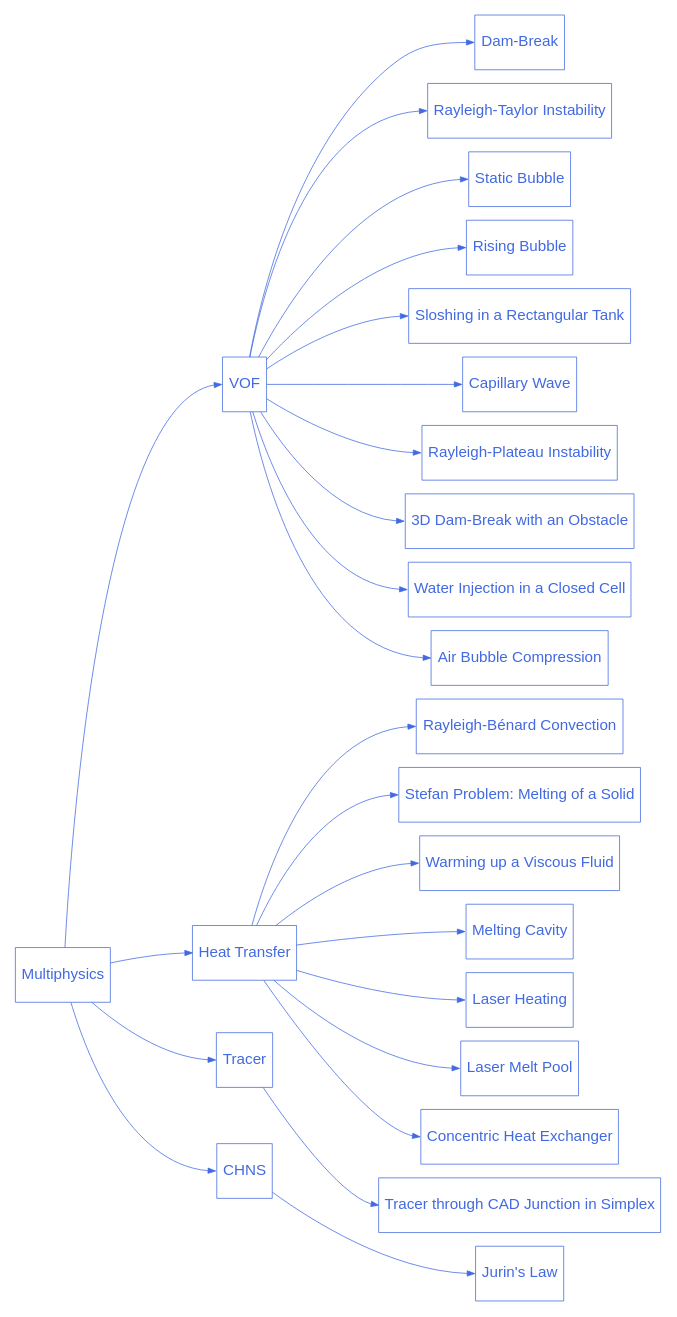
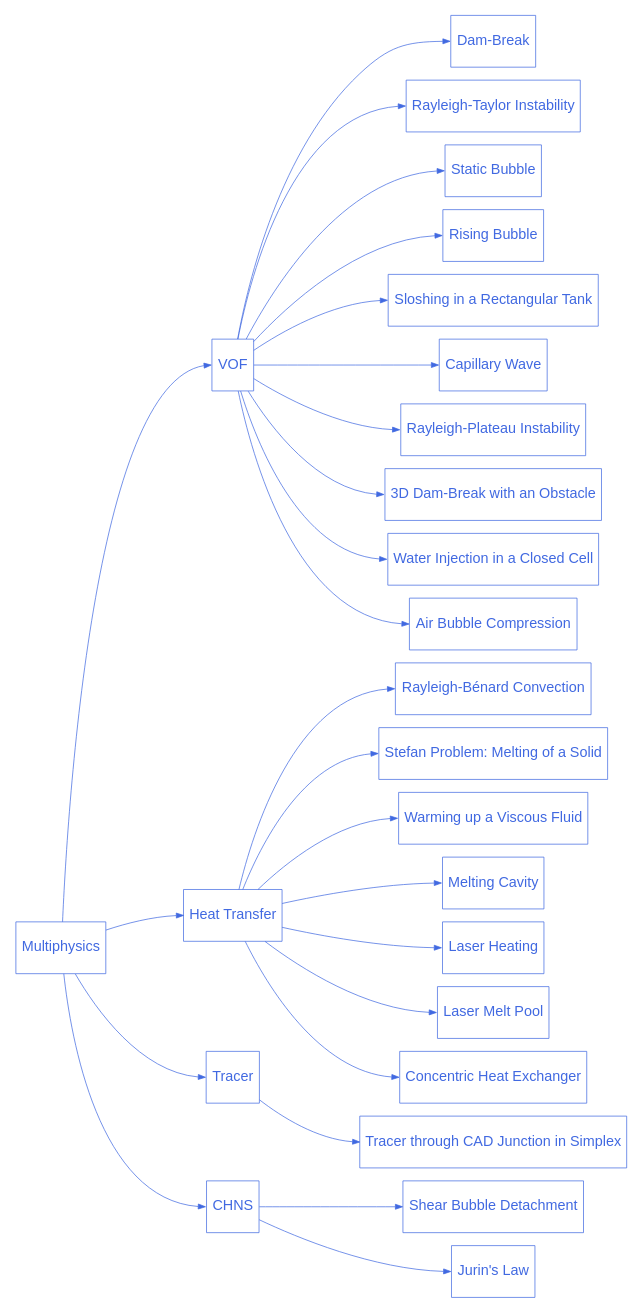
One commit to chaos-polymtl/lethe changed the diagram in doc/source/examples/multiphysics/multiphysics.rst. Above: the diagram before and after it, drawn with Graphviz. The commit also changed 12 other files, not shown here.

First line of the commit message:
CHNS example : bubble detachment in a shear flow (#1334)

```diff
--- a/doc/source/examples/multiphysics/multiphysics.rst
+++ b/doc/source/examples/multiphysics/multiphysics.rst
@@ -64,6 +64,10 @@
       multiphysics_3 [label="Tracer", href="https://chaos-polymtl.github.io/lethe/documentation/examples/multiphysics/tracer.html"];  
 
       multiphysics_3_1 [label="Tracer through CAD Junction in Simplex", href="https://chaos-polymtl.github.io/lethe/documentation/examples/multiphysics/tracer-through-cad-junction/tracer-through-cad-junction.html"];
+      
+      multiphysics_4 [label="CHNS", href="https://chaos-polymtl.github.io/lethe/documentation/examples/multiphysics/chns.html"];
+
+      multiphysics_4_2 [label="Shear Bubble Detachment", href="https://chaos-polymtl.github.io/lethe/documentation/examples/multiphysics/bubble-detachment-shear-flow/bubble-detachment-shear-flow.html"];
 
       multiphysics_4 [label="CHNS", href="https://chaos-polymtl.github.io/lethe/documentation/examples/multiphysics/chns.html"];
 
@@ -96,4 +100,5 @@
       multiphysics_3 -> multiphysics_3_1:w;
 
       multiphysics_4 -> multiphysics_4_1:w;
+      multiphysics_4 -> multiphysics_4_2:w;
     }
```
